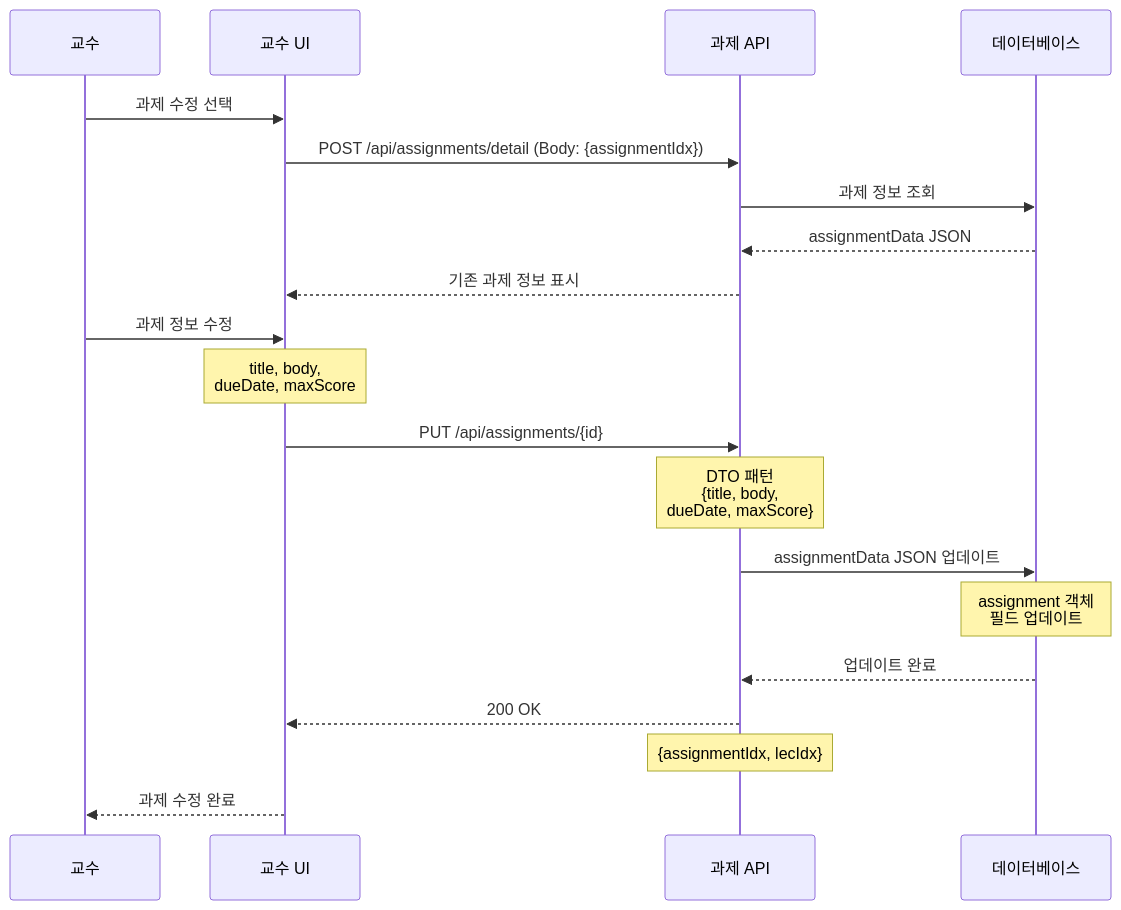
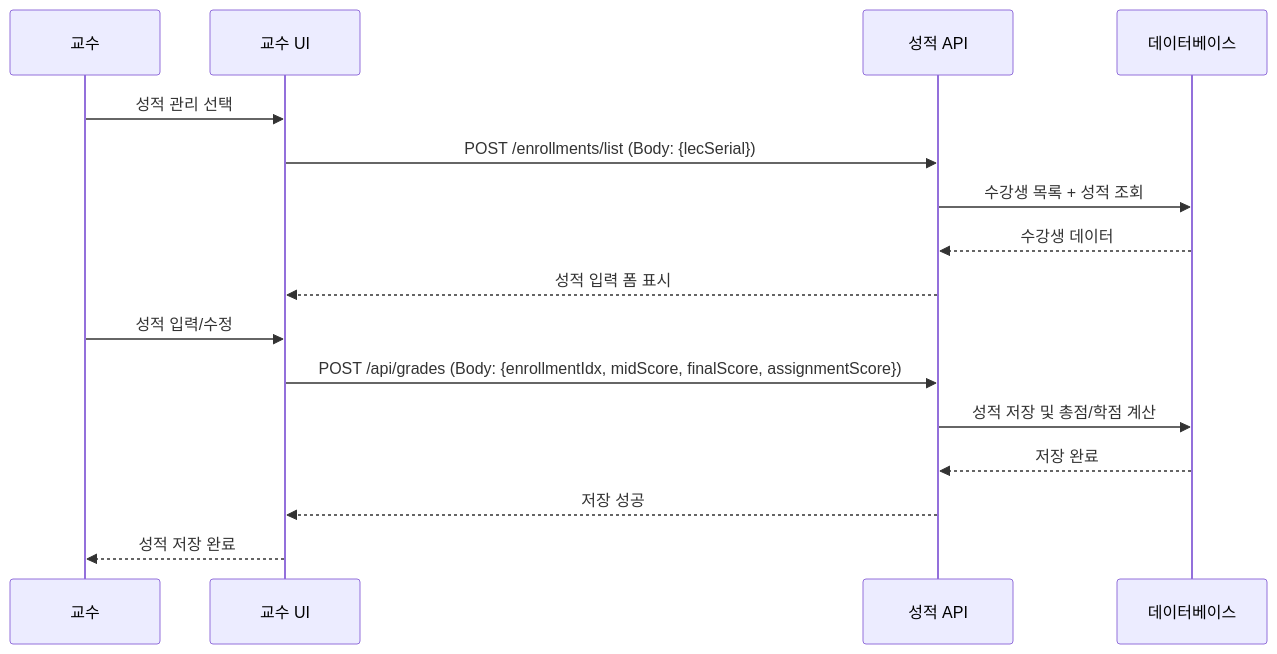
The eighth of 9 diagrams in backend/BlueCrab/docs/강의관련기능/05-교수플로우.md (hooting76/blue-crab-lms), drawn with Mermaid before and after one commit. The commit also changed other lines of this file and 19 other files, not shown here.

````diff
--- a/backend/BlueCrab/docs/강의관련기능/05-교수플로우.md
+++ b/backend/BlueCrab/docs/강의관련기능/05-교수플로우.md
@@ -1162,28 +358,20 @@
 ```mermaid
 sequenceDiagram
     participant Professor as 교수
     participant UI as 교수 UI
-    participant API as 과제 API
+    participant API as 성적 API
     participant DB as 데이터베이스
 
-    Professor->>UI: 과제 수정 선택
-    UI->>API: POST /api/assignments/detail (Body: {assignmentIdx})
-    API->>DB: 과제 정보 조회
-    DB-->>API: assignmentData JSON
-    API-->>UI: 기존 과제 정보 표시
+    Professor->>UI: 성적 관리 선택
+    UI->>API: POST /enrollments/list (Body: {lecSerial})
+    API->>DB: 수강생 목록 + 성적 조회
+    DB-->>API: 수강생 데이터
+    API-->>UI: 성적 입력 폼 표시
 
-    Professor->>UI: 과제 정보 수정
-    Note over UI: title, body,<br/>dueDate, maxScore
-
-    UI->>API: PUT /api/assignments/{id}
-    Note over API: DTO 패턴<br/>{title, body,<br/>dueDate, maxScore}
-
-    API->>DB: assignmentData JSON 업데이트
-    Note over DB: assignment 객체<br/>필드 업데이트
-
-    DB-->>API: 업데이트 완료
-    API-->>UI: 200 OK
-    Note over API: {assignmentIdx, lecIdx}
-
-    UI-->>Professor: 과제 수정 완료
+    Professor->>UI: 성적 입력/수정
+    UI->>API: POST /api/grades (Body: {enrollmentIdx, midScore, finalScore, assignmentScore})
+    API->>DB: 성적 저장 및 총점/학점 계산
+    DB-->>API: 저장 완료
+    API-->>UI: 저장 성공
+    UI-->>Professor: 성적 저장 완료
 ```
````
